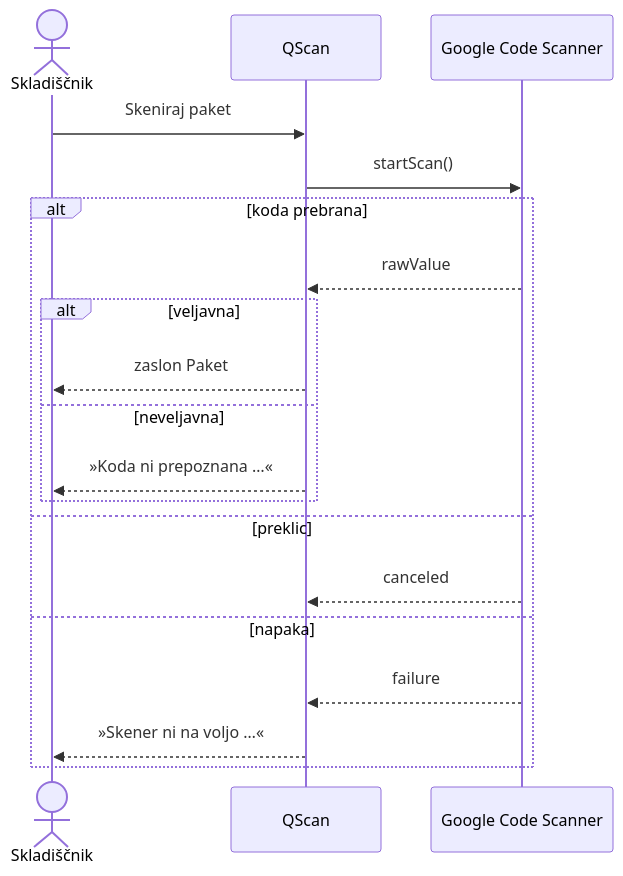
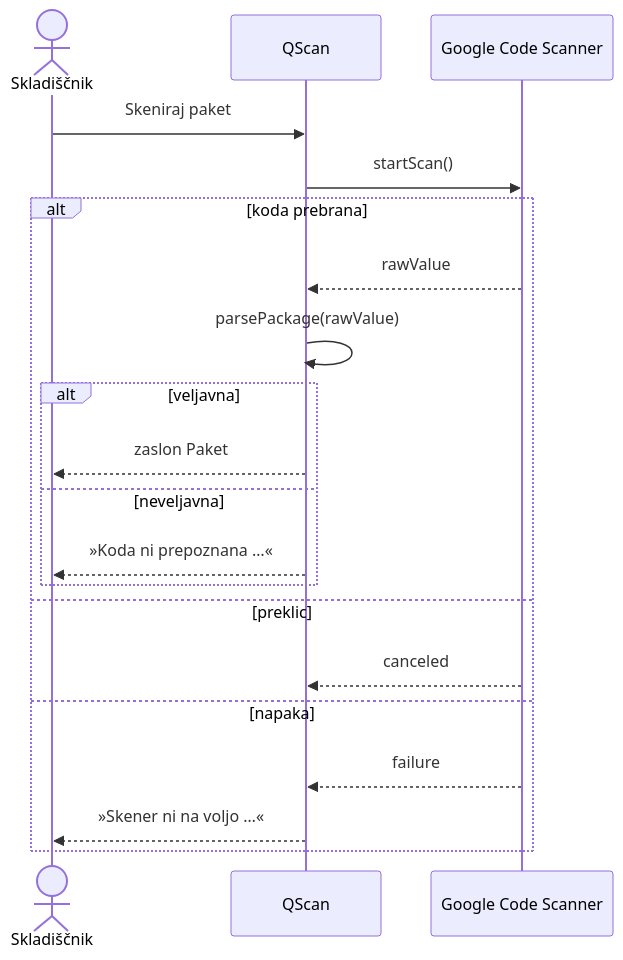
One commit to butarca/QScan changed the fifth of 6 diagrams in docs/SPECIFIKACIJA.md. Above: the diagram before and after it, drawn with Mermaid. The commit also changed other lines of this file and 1 other file, not shown here.

````diff
--- a/docs/SPECIFIKACIJA.md
+++ b/docs/SPECIFIKACIJA.md
@@ -142,21 +284,22 @@
 ```mermaid
 sequenceDiagram
     actor D as Skladiščnik
     participant A as QScan
     participant G as Google Code Scanner
     D->>A: Skeniraj paket
     A->>G: startScan()
     alt koda prebrana
         G-->>A: rawValue
+        A->>A: parsePackage(rawValue)
         alt veljavna
             A-->>D: zaslon Paket
         else neveljavna
             A-->>D: »Koda ni prepoznana …«
         end
     else preklic
         G-->>A: canceled
     else napaka
         G-->>A: failure
         A-->>D: »Skener ni na voljo …«
     end
 ```
````
